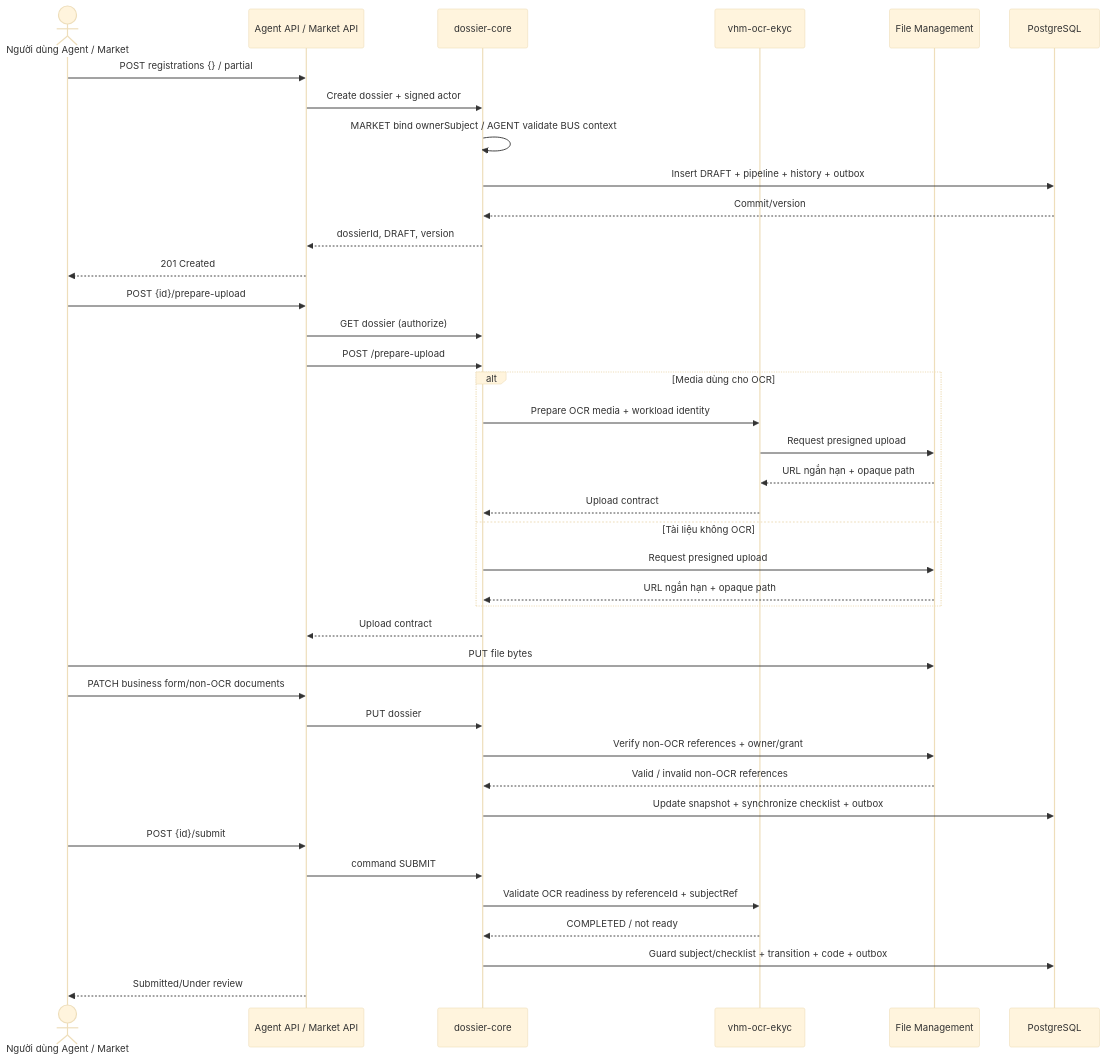
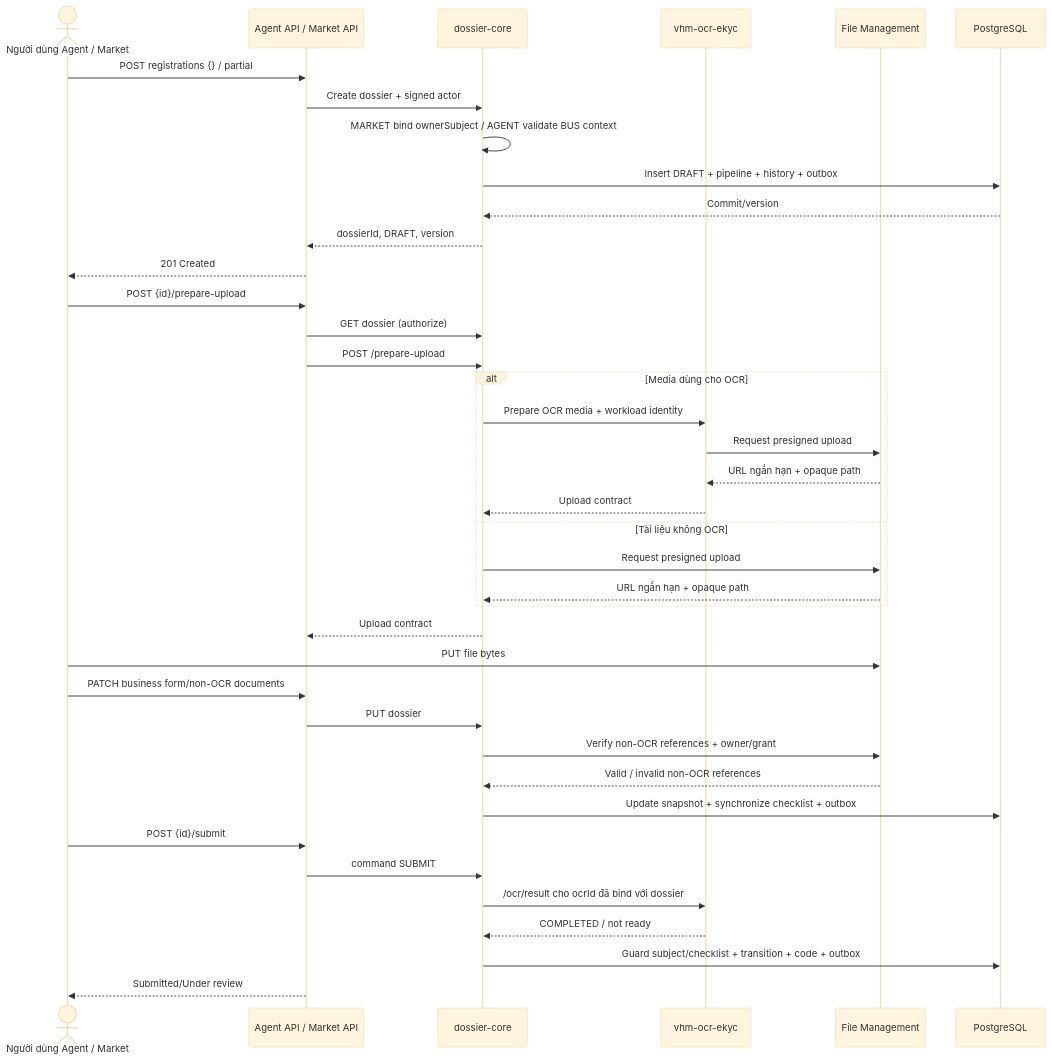
Before and after one commit to huynv-xyz/vhm: the fifth of 8 diagrams in tdd-dossier.md, drawn with Mermaid (base theme). The commit also changed other lines of this file, not shown here.

````diff
--- a/tdd-dossier.md
+++ b/tdd-dossier.md
@@ -712,42 +713,42 @@
 ```mermaid
 sequenceDiagram
     actor U as Người dùng Agent / Market
     participant A as Agent API / Market API
     participant C as dossier-core
     participant O as vhm-ocr-ekyc
     participant F as File Management
     participant D as PostgreSQL
 
     U->>A: POST registrations {} / partial
     A->>C: Create dossier + signed actor
     C->>C: MARKET bind ownerSubject / AGENT validate BUS context
     C->>D: Insert DRAFT + pipeline + history + outbox
     D-->>C: Commit/version
     C-->>A: dossierId, DRAFT, version
     A-->>U: 201 Created
     U->>A: POST {id}/prepare-upload
     A->>C: GET dossier (authorize)
     A->>C: POST /prepare-upload
     alt Media dùng cho OCR
         C->>O: Prepare OCR media + workload identity
         O->>F: Request presigned upload
         F-->>O: URL ngắn hạn + opaque path
         O-->>C: Upload contract
     else Tài liệu không OCR
         C->>F: Request presigned upload
         F-->>C: URL ngắn hạn + opaque path
     end
     C-->>A: Upload contract
     U->>F: PUT file bytes
     U->>A: PATCH business form/non-OCR documents
     A->>C: PUT dossier
     C->>F: Verify non-OCR references + owner/grant
     F-->>C: Valid / invalid non-OCR references
     C->>D: Update snapshot + synchronize checklist + outbox
     U->>A: POST {id}/submit
     A->>C: command SUBMIT
-    C->>O: Validate OCR readiness by referenceId + subjectRef
+    C->>O: /ocr/result cho ocrId đã bind với dossier
     O-->>C: COMPLETED / not ready
     C->>D: Guard subject/checklist + transition + code + outbox
     A-->>U: Submitted/Under review
 ```
````
